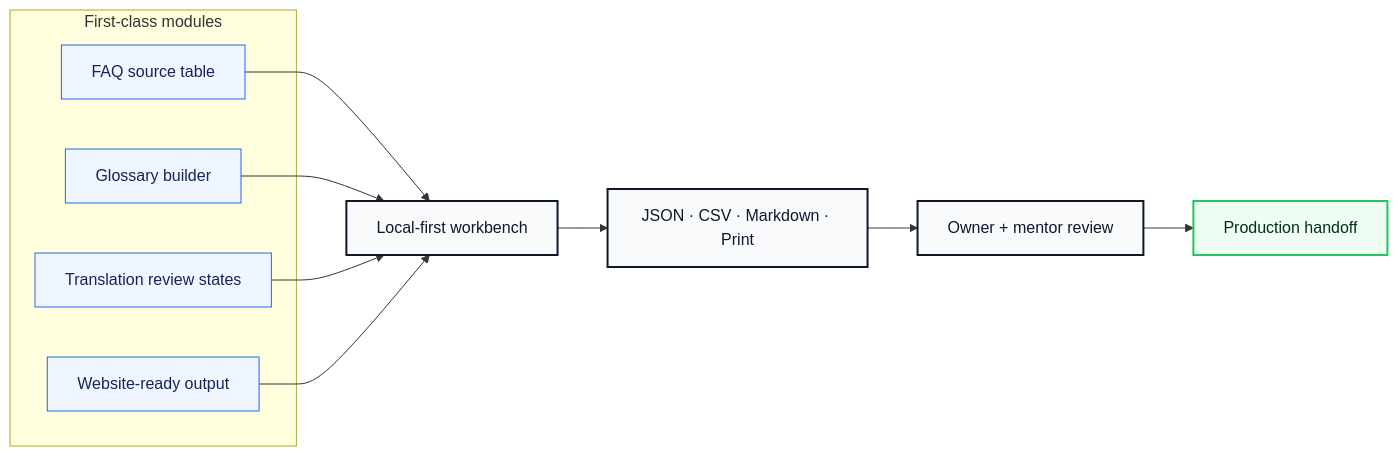
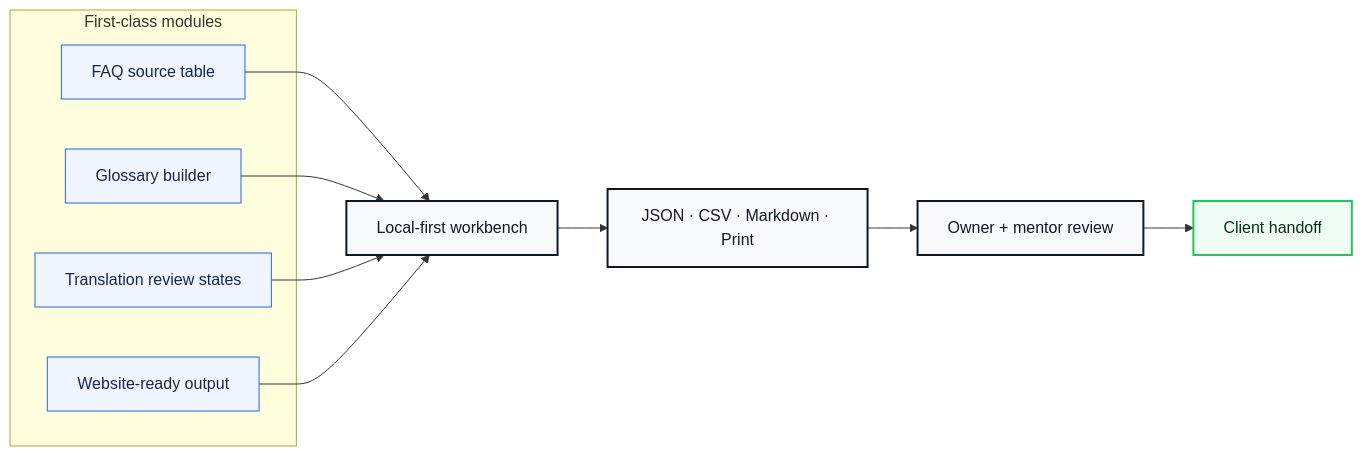
Before and after one commit to volta-npo/multilingual-faq-builder: the second of 3 diagrams in README.md, drawn with Mermaid. The commit also changed other lines of this file and 28 other files, not shown here.

````diff
--- a/README.md
+++ b/README.md
@@ -64,23 +64,23 @@
 ```mermaid
 flowchart LR
     subgraph Modules["First-class modules"]
         M1["FAQ source table"]
         M2["Glossary builder"]
         M3["Translation review states"]
         M4["Website-ready output"]
     end
     M1 --> Workbench
     M2 --> Workbench
     M3 --> Workbench
     M4 --> Workbench
     Workbench["Local-first workbench"] --> Exports["JSON · CSV · Markdown · Print"]
     Exports --> Review["Owner + mentor review"]
-    Review --> Launch["Production handoff"]
+    Review --> Launch["Client handoff"]
 
     classDef module fill:#eff6ff,stroke:#2563eb,color:#172554;
     classDef app fill:#f8fafc,stroke:#0f172a,color:#0f172a,stroke-width:2px;
     classDef launch fill:#f0fdf4,stroke:#22c55e,color:#052e16,stroke-width:2px;
     class M1,M2,M3,M4 module;
     class Workbench,Exports,Review app;
     class Launch launch;
 ```
````
